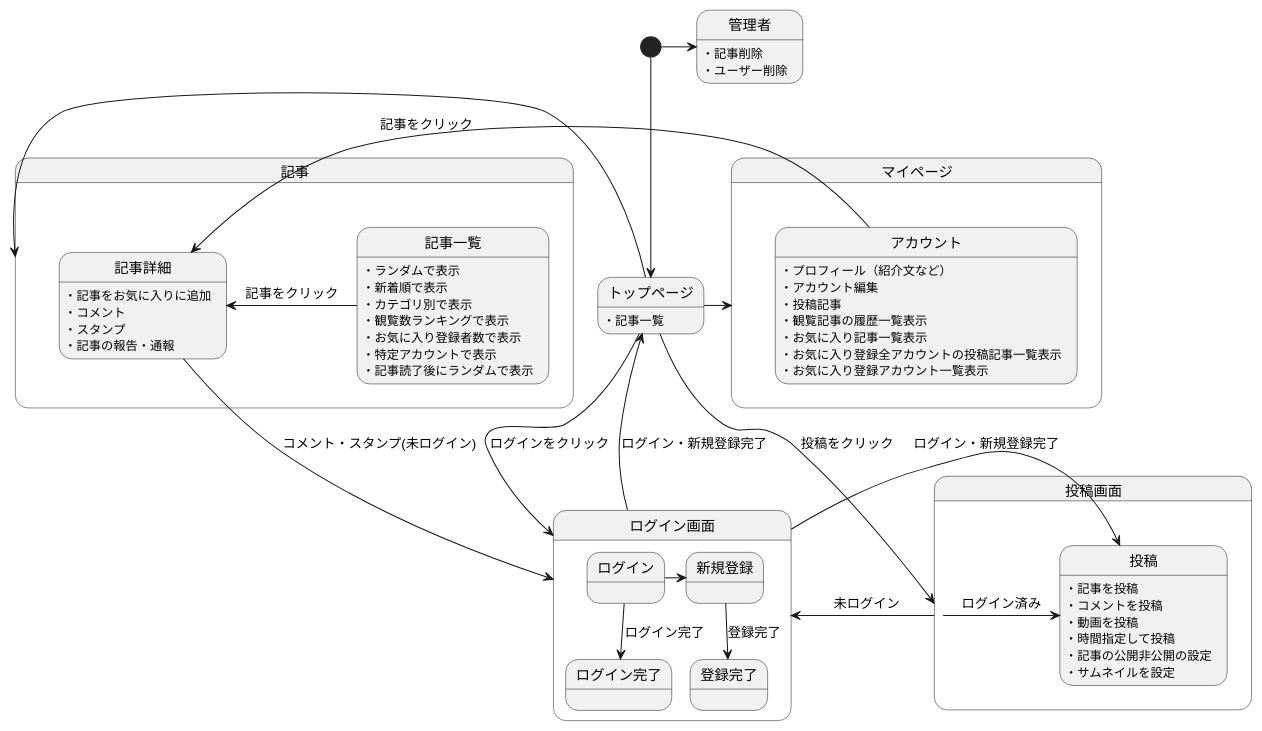
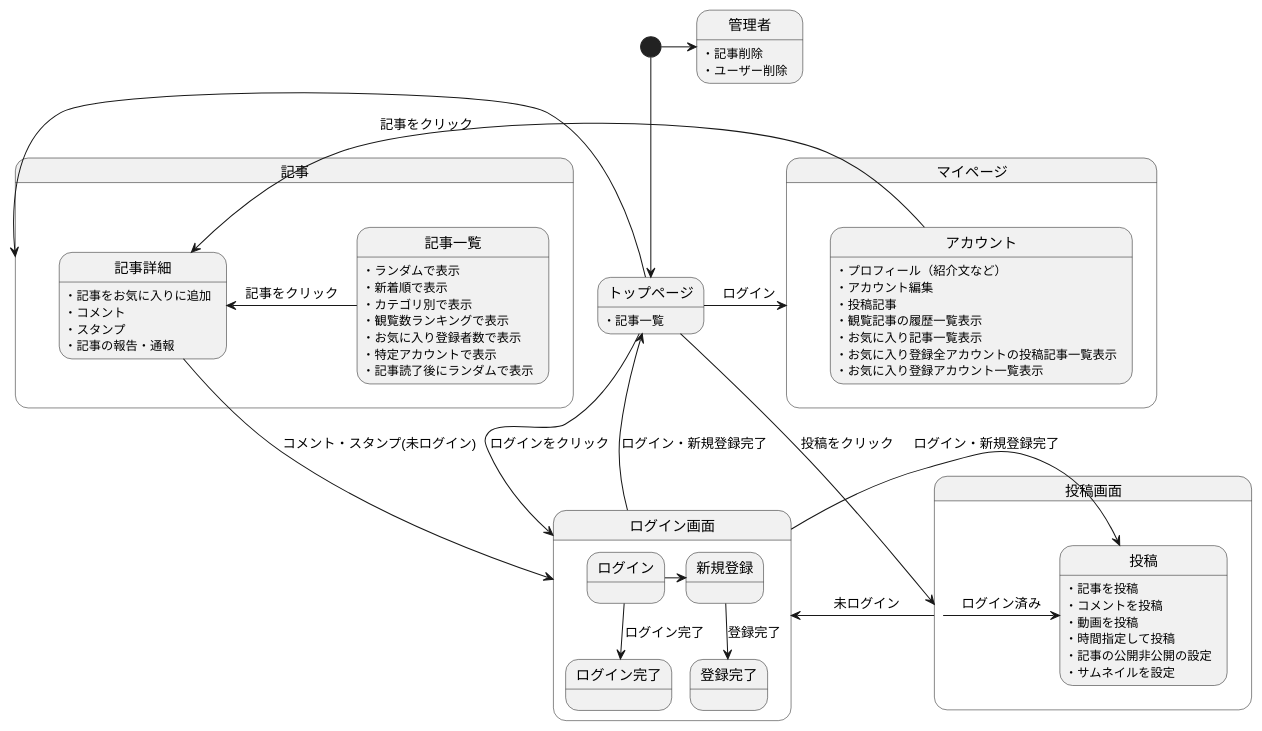
One commit to Aso2001001/2022System changed the diagram in 後期画面遷移.md. Above: the diagram before and after it, drawn with PlantUML.

````diff
--- a/後期画面遷移.md
+++ b/後期画面遷移.md
@@ -1,76 +1,76 @@
 ```uml
 @startuml
 [*] --> トップページ
 
 
 トップページ -> 記事
-トップページ -left-> マイページ
+トップページ -left-> マイページ :ログイン
 トップページ -> 投稿画面 : 投稿をクリック
 
 トップページ:・記事一覧
 
 トップページ -down-> ログイン画面 : ログインをクリック
 
 ログイン画面 -> トップページ : ログイン・新規登録完了
 
 state ログイン画面{
 ログイン -> 新規登録
 ログイン -down-> ログイン完了 : ログイン完了
 新規登録 -down-> 登録完了 : 登録完了
 }
 
 state 記事{
 記事一覧 -left-> 記事詳細 : 記事をクリック
 記事詳細 -> ログイン画面 :コメント・スタンプ(未ログイン)
 
 記事一覧:・ランダムで表示
 記事一覧:・新着順で表示
 記事一覧:・カテゴリ別で表示
 記事一覧:・観覧数ランキングで表示
 記事一覧:・お気に入り登録者数で表示
 記事一覧:・特定アカウントで表示
 記事一覧:・記事読了後にランダムで表示
 
 記事詳細:・記事をお気に入りに追加
 記事詳細:・コメント
 記事詳細:・スタンプ
 記事詳細:・記事の報告・通報
 
 }
 
 state 投稿画面{
 投稿画面 -> ログイン画面 : 未ログイン
 投稿画面 -> 投稿 : ログイン済み
 ログイン画面 -> 投稿 :ログイン・新規登録完了
 
 投稿:・記事を投稿
 投稿:・コメントを投稿
 投稿:・動画を投稿
 投稿:・時間指定して投稿
 投稿:・記事の公開非公開の設定
 投稿:・サムネイルを設定
 
 }
 
 state マイページ{
 
 アカウント -> 記事詳細 : 記事をクリック
 
 アカウント:・プロフィール（紹介文など）
 アカウント:・アカウント編集
 アカウント:・投稿記事
 アカウント:・観覧記事の履歴一覧表示
 アカウント:・お気に入り記事一覧表示
 アカウント:・お気に入り登録全アカウントの投稿記事一覧表示
 アカウント:・お気に入り登録アカウント一覧表示
 
 }
 
 
 [*] -right-> 管理者
 管理者:・記事削除
 管理者:・ユーザー削除
 
 
 @enduml
 ```
````
